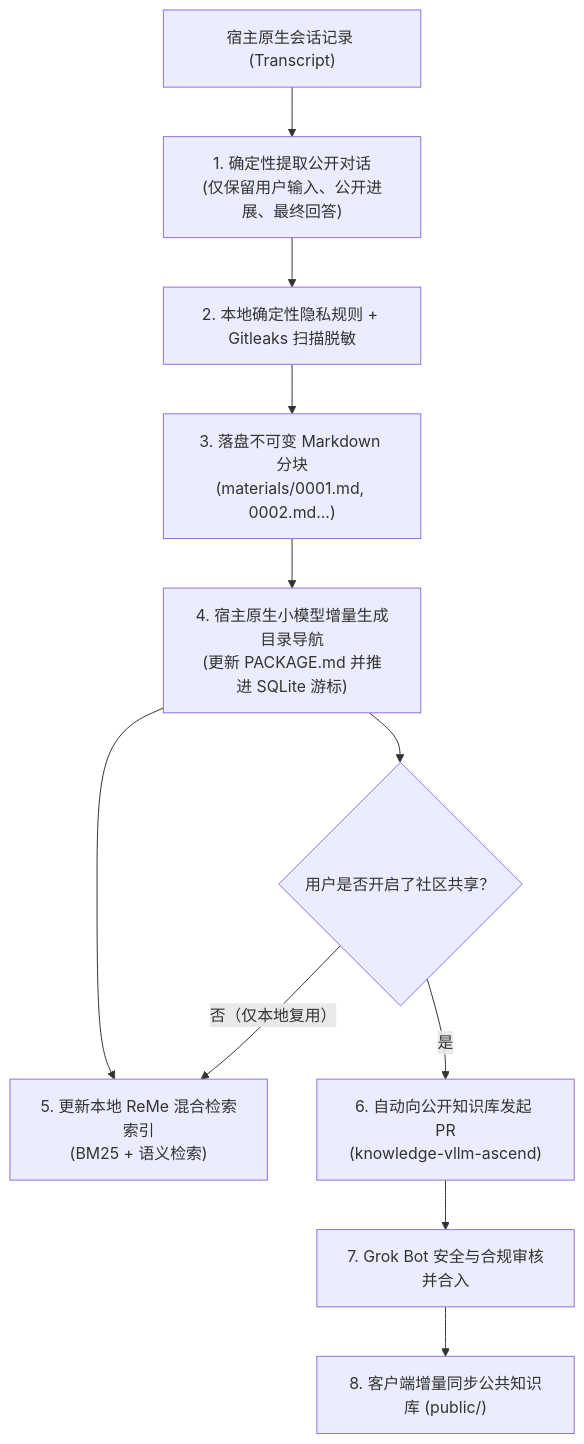
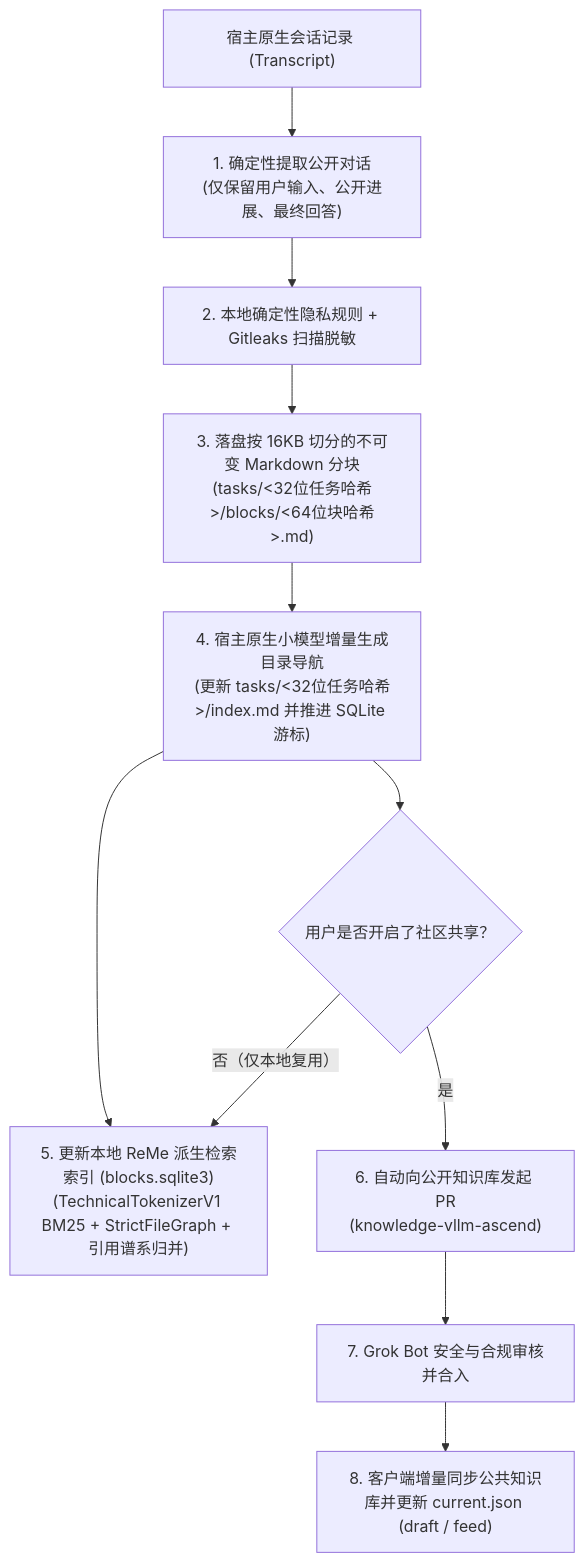
One commit to Yuli-yx/vllm-ascend-workspace changed the diagram in docs/knowledge-system.md. Above: the diagram before and after it, drawn with Mermaid. The commit also changed other lines of this file and 14 other files, not shown here.

Commit message:
docs: add timeout arithmetic, anti-defensive & anti-silent-fallback Pre-PR checklist and tiered live-NPU testing architecture

````diff
--- a/docs/knowledge-system.md
+++ b/docs/knowledge-system.md
@@ -32,13 +32,13 @@
 ```mermaid
 flowchart TB
     T["宿主原生会话记录 (Transcript)"] --> P["1. 确定性提取公开对话<br/>(仅保留用户输入、公开进展、最终回答)"]
     P --> R["2. 本地确定性隐私规则 + Gitleaks 扫描脱敏"]
-    R --> B["3. 落盘不可变 Markdown 分块<br/>(materials/0001.md, 0002.md...)"]
-    B --> I["4. 宿主原生小模型增量生成目录导航<br/>(更新 PACKAGE.md 并推进 SQLite 游标)"]
-    I --> L["5. 更新本地 ReMe 混合检索索引<br/>(BM25 + 语义检索)"]
+    R --> B["3. 落盘按 16KB 切分的不可变 Markdown 分块<br/>(tasks/&lt;32位任务哈希&gt;/blocks/&lt;64位块哈希&gt;.md)"]
+    B --> I["4. 宿主原生小模型增量生成目录导航<br/>(更新 tasks/&lt;32位任务哈希&gt;/index.md 并推进 SQLite 游标)"]
+    I --> L["5. 更新本地 ReMe 派生检索索引 (blocks.sqlite3)<br/>(TechnicalTokenizerV1 BM25 + StrictFileGraph + 引用谱系归并)"]
     I --> O{"用户是否开启了社区共享？"}
     O -->|否（仅本地复用）| L
     O -->|是| G["6. 自动向公开知识库发起 PR<br/>(knowledge-vllm-ascend)"]
     G --> Bot["7. Grok Bot 安全与合规审核并合入"]
-    Bot --> Sync["8. 客户端增量同步公共知识库 (public/)"]
+    Bot --> Sync["8. 客户端增量同步公共知识库并更新 current.json (draft / feed)"]
 ```
````
